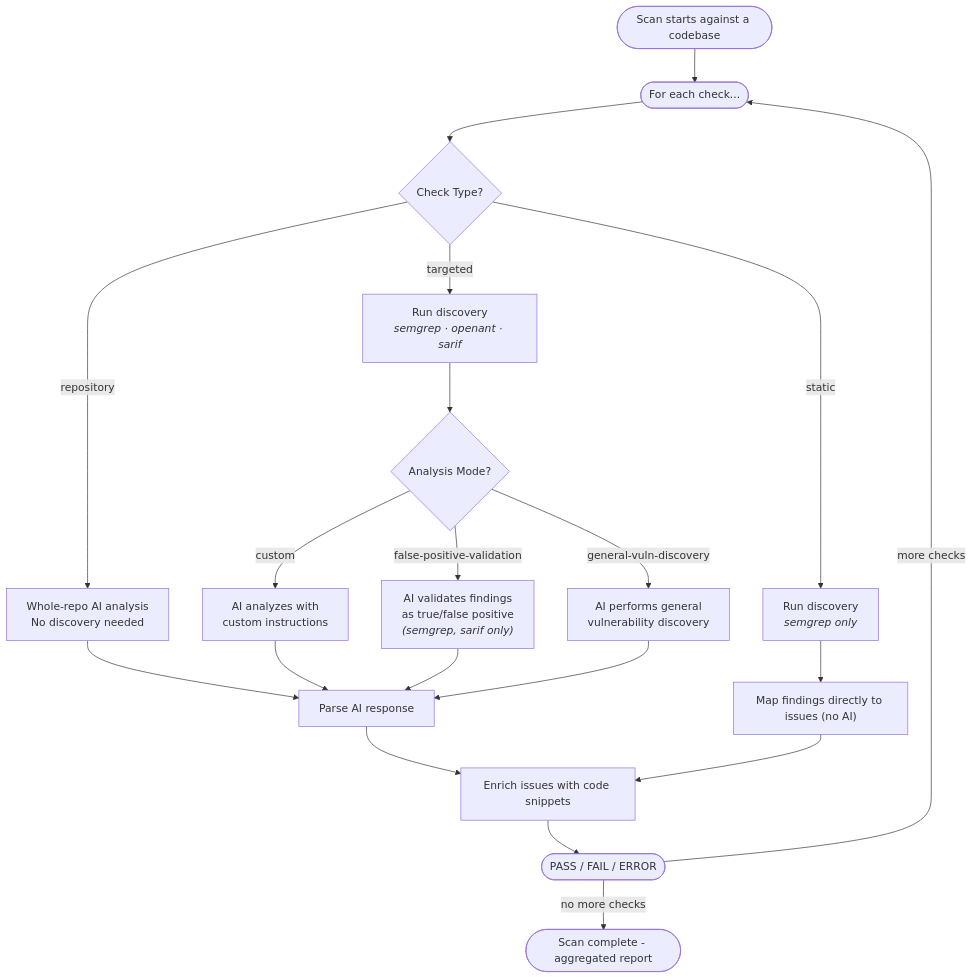
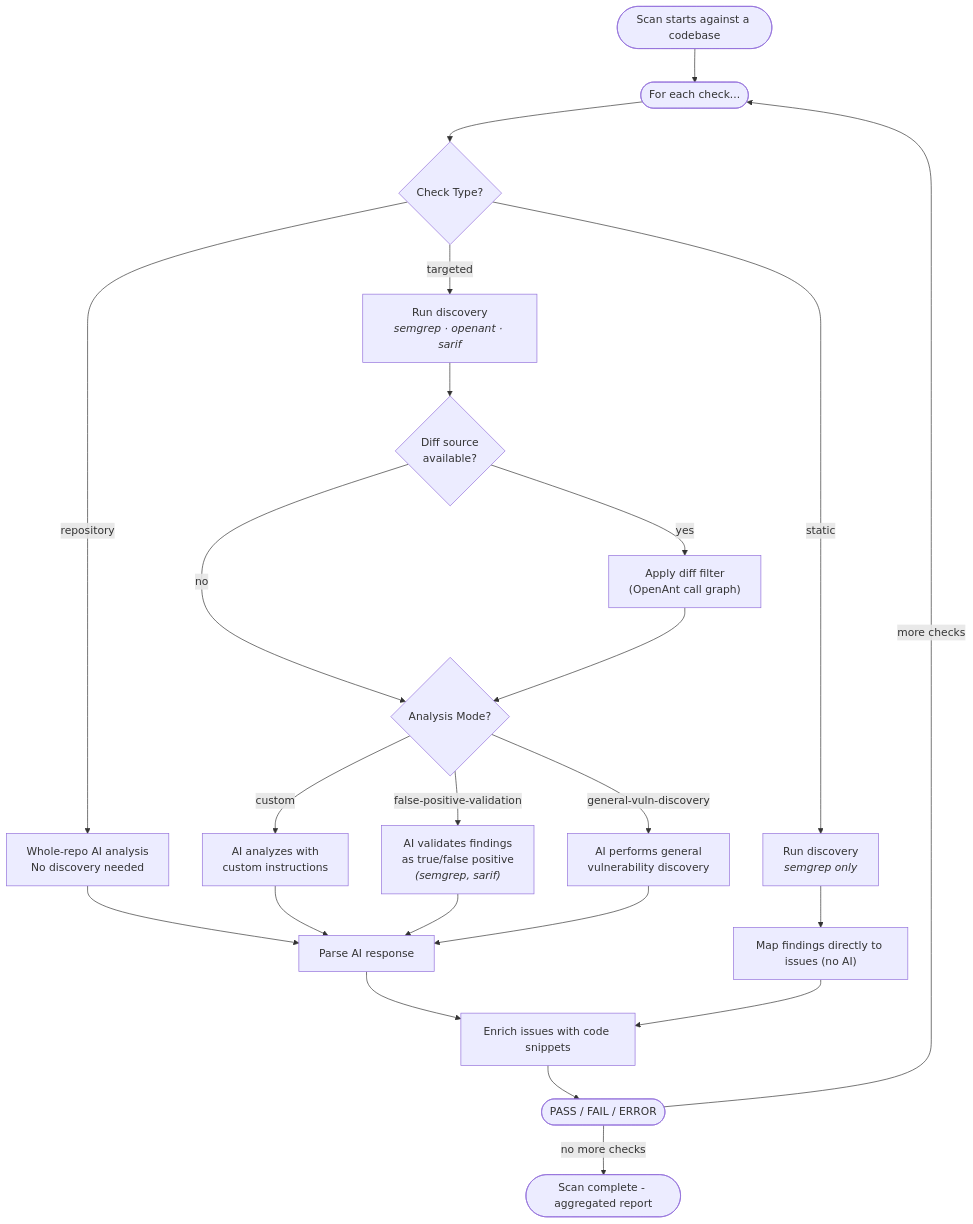
Before and after one commit to hanlinnnn/AI-Hybrid-Test: the third of 6 diagrams in docs/how-it-works.md, drawn with Mermaid. The commit also changed other lines of this file and 44 other files, not shown here.

First line of the commit message:
feat: automatic diff filtering with graceful OpenAnt degradation (#76)

````diff
--- a/docs/how-it-works.md
+++ b/docs/how-it-works.md
@@ -87,31 +87,34 @@
 ```mermaid
 flowchart TD
     ScanStart(["Scan starts against a codebase"]) --> Start
     Start(["For each check..."]) --> TypeCheck{Check Type?}
 
     TypeCheck -->|repository| RepoCheck["Whole-repo AI analysis<br/>No discovery needed"]
     TypeCheck -->|targeted| TargetCheck["Run discovery<br/><i>semgrep · openant · sarif</i>"]
     TypeCheck -->|static| StaticCheck["Run discovery<br/><i>semgrep only</i>"]
 
-    TargetCheck --> ModeCheck{Analysis Mode?}
+    TargetCheck --> DiffFilterStep{Diff source<br/>available?}
+    DiffFilterStep -->|yes| DiffFilter["Apply diff filter<br/>(OpenAnt call graph)"]
+    DiffFilterStep -->|no| ModeCheck
+    DiffFilter --> ModeCheck{Analysis Mode?}
 
     ModeCheck -->|custom| Custom["AI analyzes with<br/>custom instructions"]
-    ModeCheck -->|false-positive-validation| FPV["AI validates findings<br/>as true/false positive<br/><i>(semgrep, sarif only)</i>"]
+    ModeCheck -->|false-positive-validation| FPV["AI validates findings<br/>as true/false positive<br/><i>(semgrep, sarif)</i>"]
     ModeCheck -->|general-vuln-discovery| GVD["AI performs general<br/>vulnerability discovery"]
 
     RepoCheck --> Parse
     Custom --> Parse
     FPV --> Parse
     GVD --> Parse
     Parse["Parse AI response"]
 
     StaticCheck --> DirectMap["Map findings directly to issues (no AI)"]
 
     Parse --> Enrich
     DirectMap --> Enrich
     Enrich["Enrich issues with code snippets"]
 
     Enrich --> Result([PASS / FAIL / ERROR])
     Result -->|more checks| Start
     Result -->|no more checks| ScanEnd(["Scan complete - aggregated report"])
 ```
````
